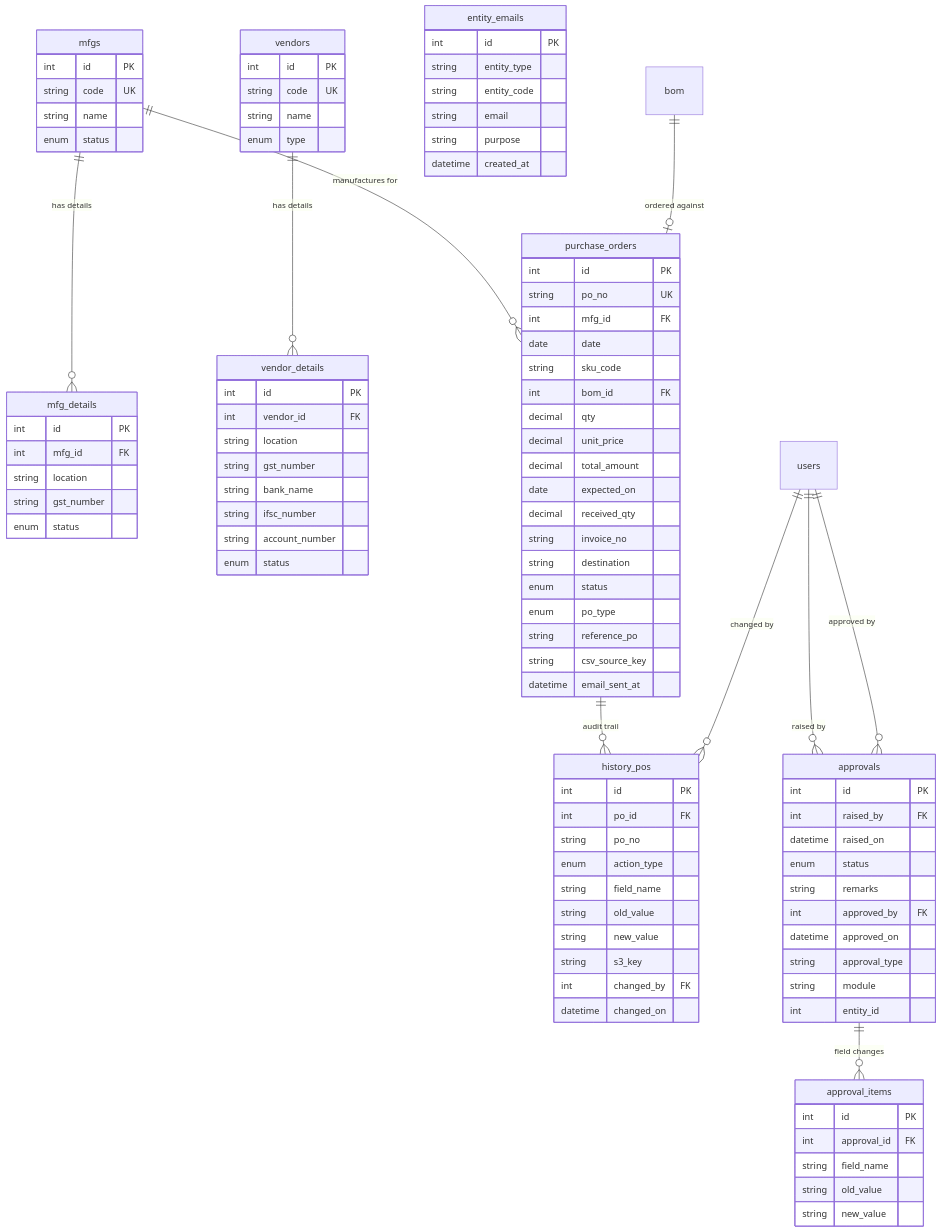
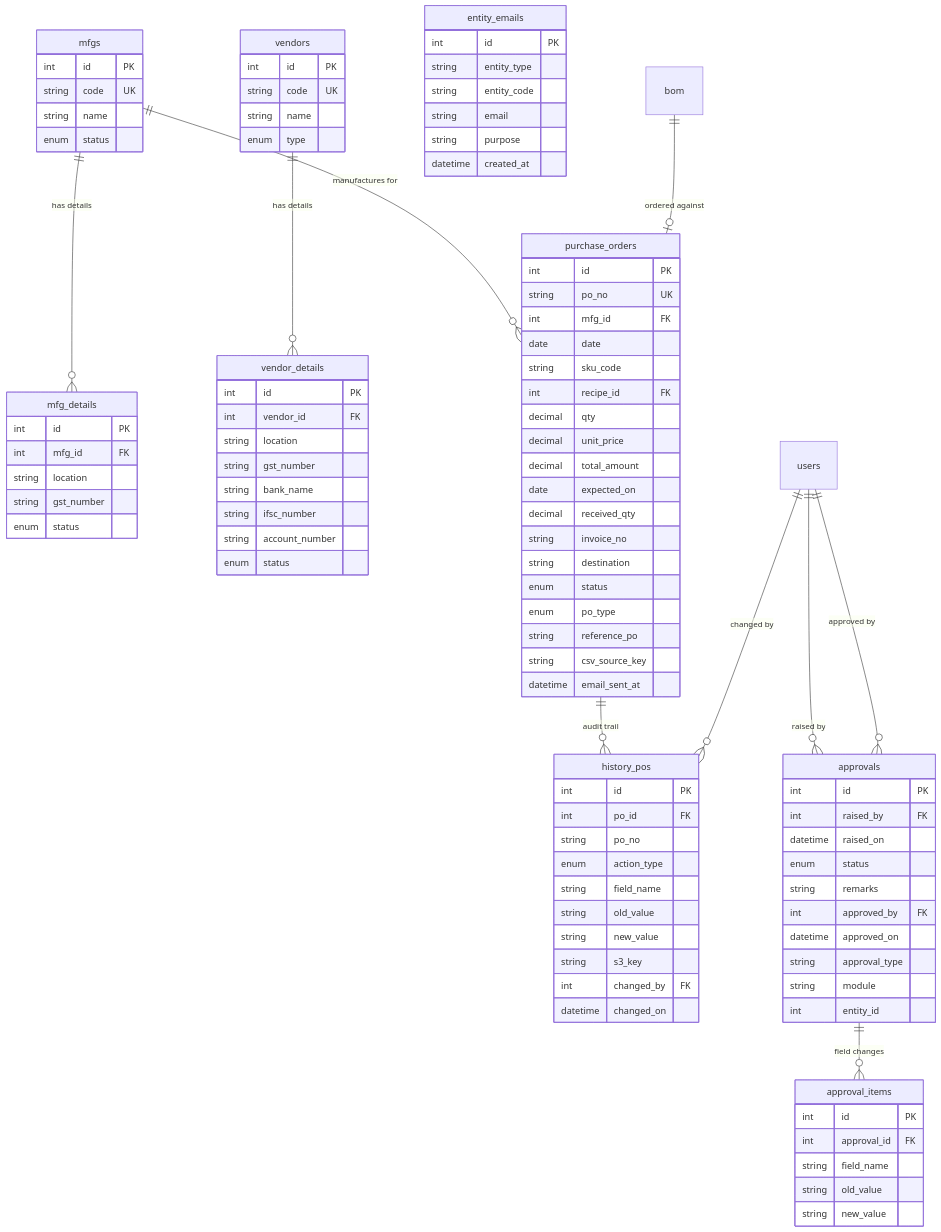
One commit to ERP-PreFg-Admin/ERP-Prefg-Tool changed the fourth of 4 diagrams in erp_project/docs/database-schema.md. Above: the diagram before and after it, drawn with Mermaid. The commit also changed other lines of this file and 96 other files, not shown here.

```diff
--- a/erp_project/docs/database-schema.md
+++ b/erp_project/docs/database-schema.md
@@ -412,7 +417,7 @@
         int mfg_id FK
         date date
         string sku_code
-        int bom_id FK
+        int recipe_id FK
         decimal qty
         decimal unit_price
         decimal total_amount
```
